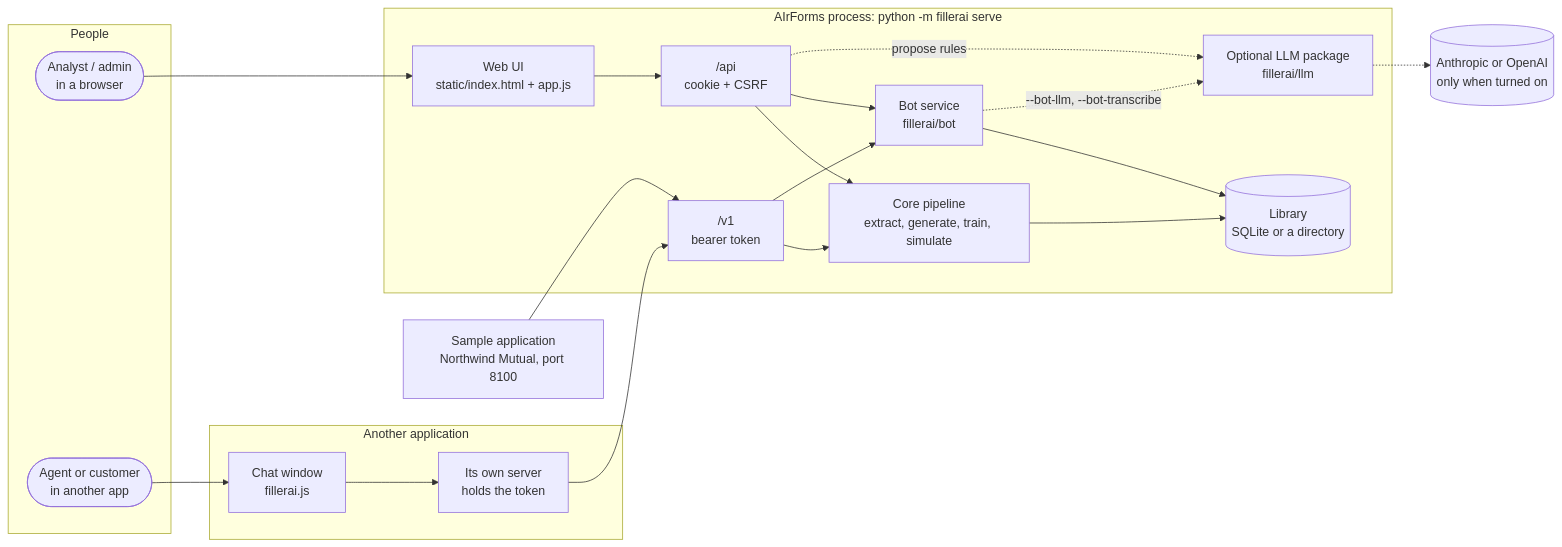
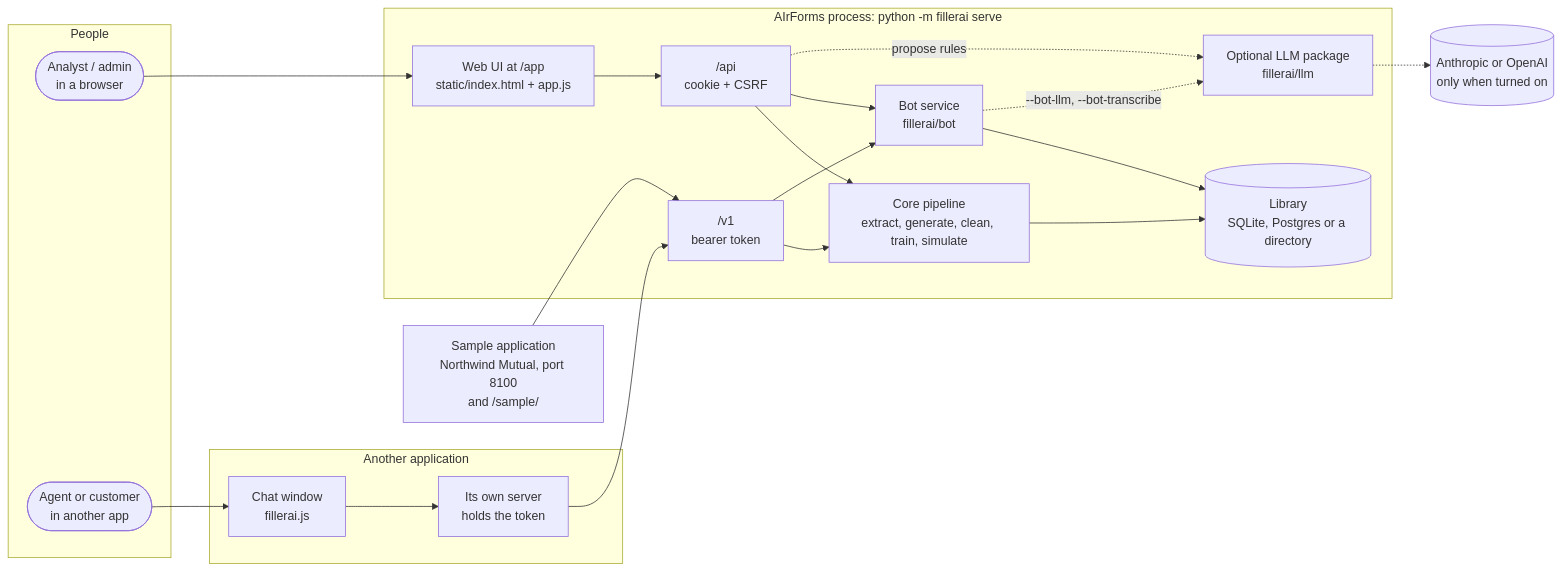
Before and after one commit to nelait/FillerAI: the first of 3 diagrams in docs/overview.md, drawn with Mermaid. The commit also changed other lines of this file and 22 other files, not shown here.

````diff
--- a/docs/overview.md
+++ b/docs/overview.md
@@ -50,38 +52,38 @@
 ```mermaid
 flowchart LR
     subgraph people[People]
         analyst([Analyst / admin<br/>in a browser])
         agent([Agent or customer<br/>in another app])
     end
 
     subgraph fillerai[AIrForms process: python -m fillerai serve]
-        ui[Web UI<br/>static/index.html + app.js]
+        ui[Web UI at /app<br/>static/index.html + app.js]
         api["/api<br/>cookie + CSRF"]
         v1["/v1<br/>bearer token"]
-        core[Core pipeline<br/>extract, generate, train, simulate]
+        core[Core pipeline<br/>extract, generate, clean, train, simulate]
         bot[Bot service<br/>fillerai/bot]
-        lib[(Library<br/>SQLite or a directory)]
+        lib[(Library<br/>SQLite, Postgres or a directory)]
         llm[Optional LLM package<br/>fillerai/llm]
     end
 
     subgraph host[Another application]
         hostapp[Its own server<br/>holds the token]
         chat[Chat window<br/>fillerai.js]
     end
 
-    sample[Sample application<br/>Northwind Mutual, port 8100]
+    sample[Sample application<br/>Northwind Mutual, port 8100<br/>and /sample/]
     provider[(Anthropic or OpenAI<br/>only when turned on)]
 
     analyst --> ui --> api
     api --> core
     api --> bot
     agent --> chat --> hostapp --> v1
     sample --> v1
     v1 --> core
     v1 --> bot
     core --> lib
     bot --> lib
     api -.->|propose rules| llm
     bot -.->|"--bot-llm, --bot-transcribe"| llm
     llm -.-> provider
 ```
````
